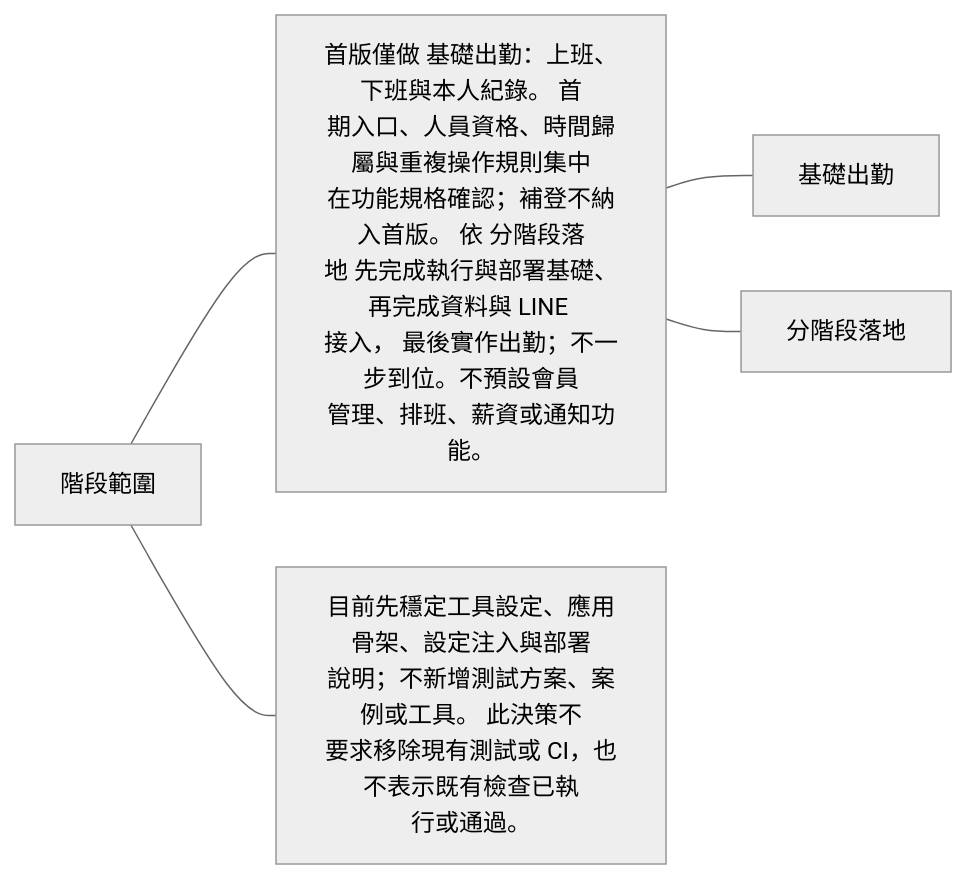
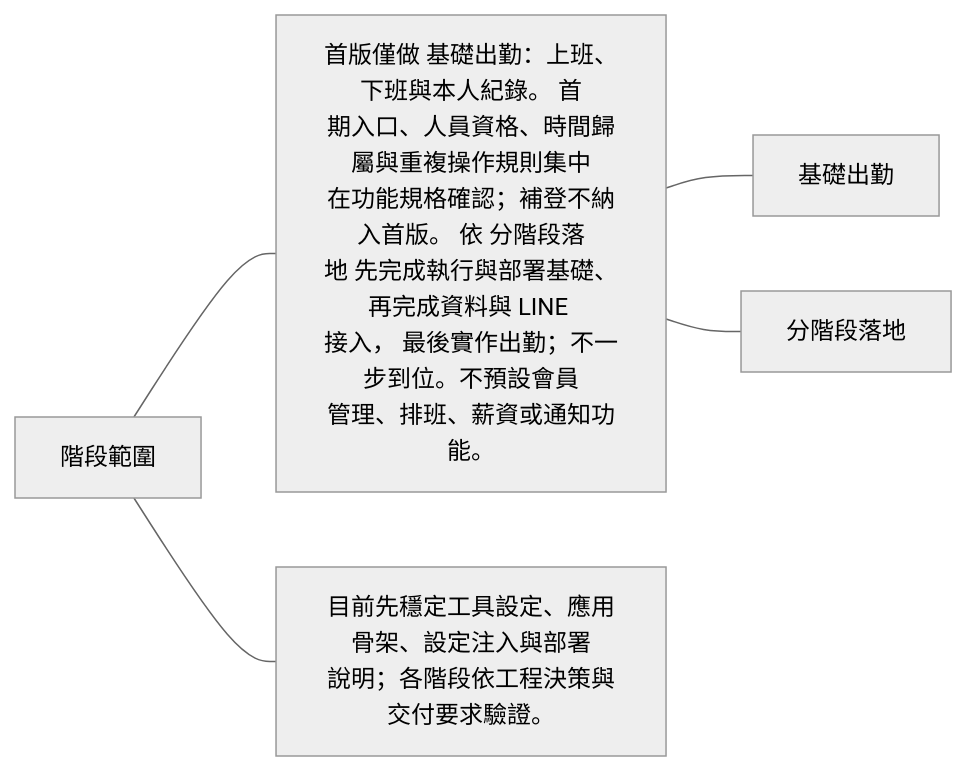
Before and after one commit to 963sup/line-mini-app-bot: the fourth of 6 diagrams in docs/decisions/0002-baseline.md, drawn with Mermaid (neutral theme). The commit also changed other lines of this file and 15 other files, not shown here.

````diff
--- a/docs/decisions/0002-baseline.md
+++ b/docs/decisions/0002-baseline.md
@@ -36,10 +38,10 @@
 ```mermaid
 flowchart LR
   h["階段範圍"]
   h --- n0["首版僅做 基礎出勤：上班、下班與本人紀錄。 首<br/>期入口、人員資格、時間歸屬與重複操作規則集中<br/>在功能規格確認；補登不納入首版。 依 分階段落<br/>地 先完成執行與部署基礎、再完成資料與 LINE <br/>接入， 最後實作出勤；不一步到位。不預設會員<br/>管理、排班、薪資或通知功能。"]
   n0 --- n0l0["基礎出勤"]
   click n0l0 "../domains/attendance/README.md"
   n0 --- n0l1["分階段落地"]
   click n0l1 "../guides/local-development/environment-verification.md"
-  h --- n1["目前先穩定工具設定、應用骨架、設定注入與部署<br/>說明；不新增測試方案、案例或工具。 此決策不<br/>要求移除現有測試或 CI，也不表示既有檢查已執<br/>行或通過。"]
+  h --- n1["目前先穩定工具設定、應用骨架、設定注入與部署<br/>說明；各階段依工程決策與交付要求驗證。"]
 ```
````
